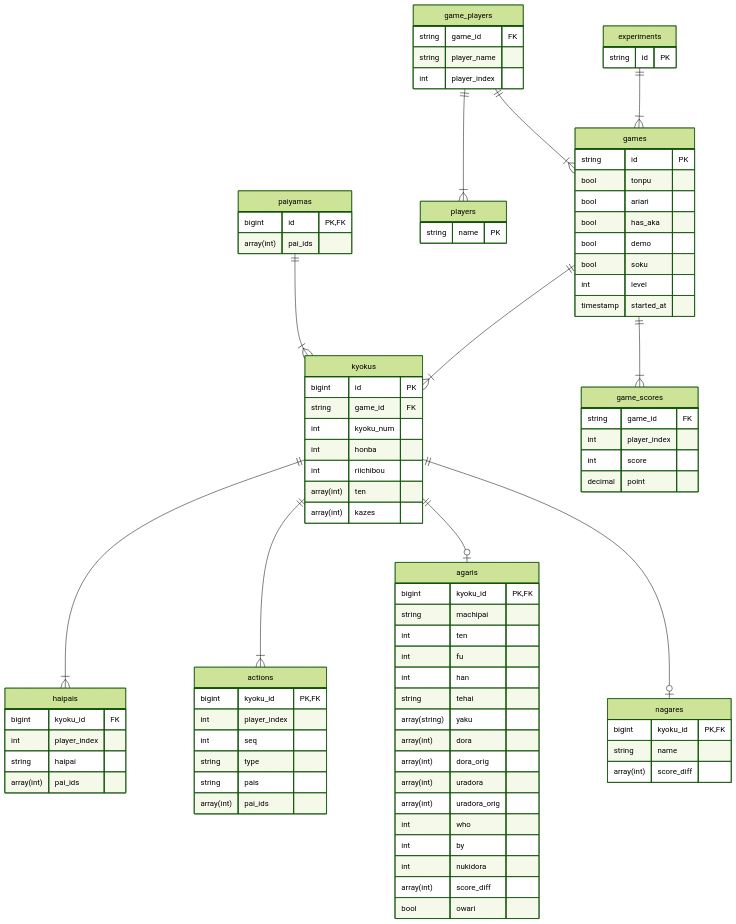
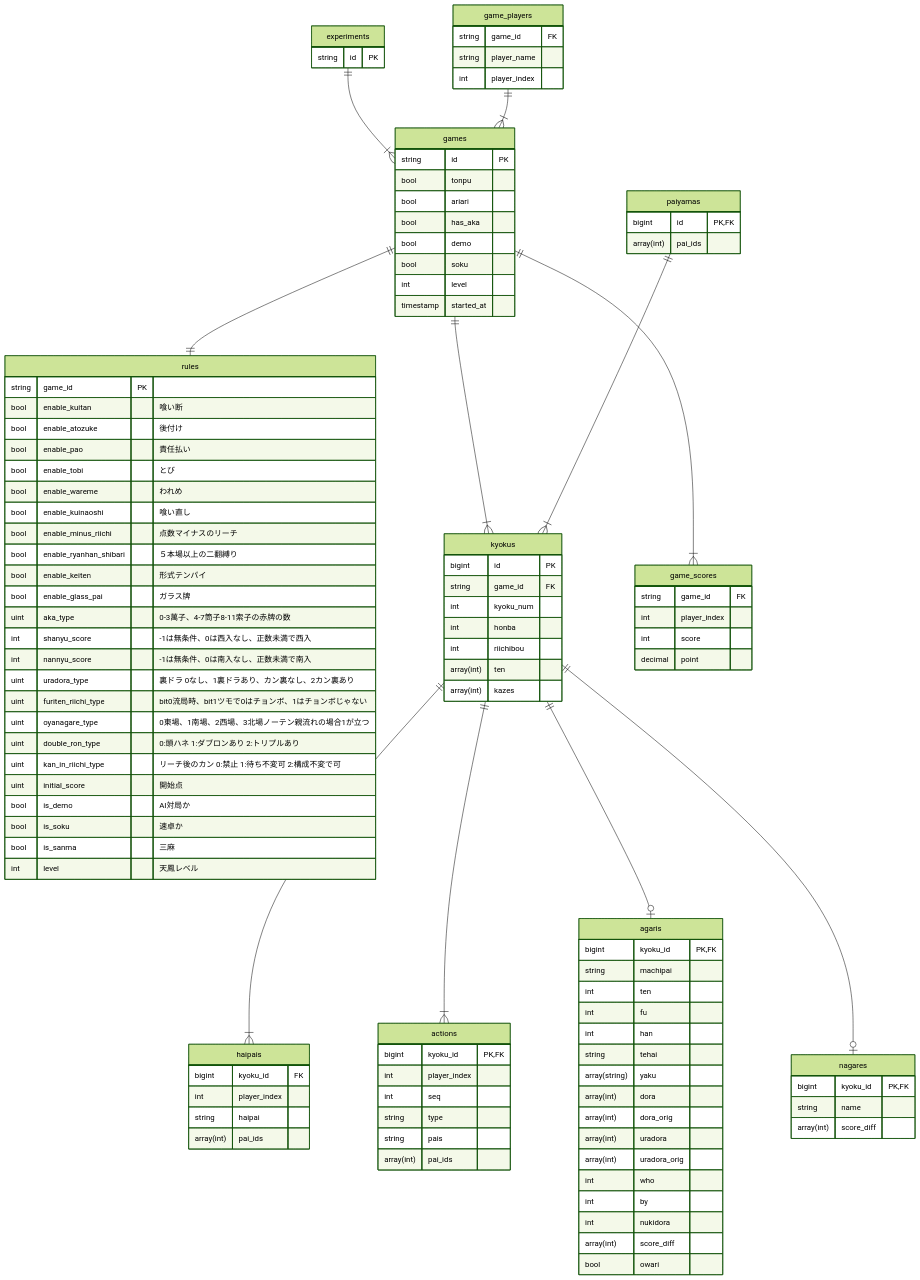
One commit to kackyt/mahjong-etl changed the diagram in er/mahjong.md. Above: the diagram before and after it, drawn with Mermaid (forest theme). The commit also changed 2 other files, not shown here.

Commit message:
feat: Rulesテーブルを追加し、Playersテーブルを廃止

```diff
--- a/er/mahjong.md
+++ b/er/mahjong.md
@@ -2,7 +2,7 @@
 erDiagram
   experiments ||--|{ games : ""
   game_players ||--|{ games : ""
-  game_players ||--|{ players : ""
+  games ||--|| rules : ""
   games ||--|{ kyokus : ""
   games ||--|{ game_scores : ""
   paiyamas ||--|{ kyokus : ""
@@ -15,8 +15,31 @@
     string id PK
   }
 
-  players {
-    string name PK
+  rules {
+    string game_id PK
+    bool enable_kuitan "喰い断"
+    bool enable_atozuke "後付け"
+    bool enable_pao "責任払い"
+    bool enable_tobi "とび"
+    bool enable_wareme "われめ"
+    bool enable_kuinaoshi "喰い直し"
+    bool enable_minus_riichi "点数マイナスのリーチ"
+    bool enable_ryanhan_shibari "５本場以上の二翻縛り"
+    bool enable_keiten "形式テンパイ"
+    bool enable_glass_pai "ガラス牌"
+    uint aka_type "0-3萬子、4-7筒子8-11索子の赤牌の数"
+    int shanyu_score "-1は無条件、0は西入なし、正数未満で西入"
+    int nannyu_score "-1は無条件、0は南入なし、正数未満で南入"
+    uint uradora_type "裏ドラ 0なし、1裏ドラあり、カン裏なし、2カン裏あり"
+    uint furiten_riichi_type "bit0流局時、bit1ツモで0はチョンボ、1はチョンボじゃない"
+    uint oyanagare_type "0東場、1南場、2西場、3北場ノーテン親流れの場合1が立つ"
+    uint double_ron_type "0:頭ハネ 1:ダブロンあり 2:トリプルあり"
+    uint kan_in_riichi_type "リーチ後のカン 0:禁止 1:待ち不変可 2:構成不変で可"
+    uint initial_score "開始点"
+    bool is_demo "AI対局か"
+    bool is_soku "速卓か"
+    bool is_sanma "三麻"
+    int level "天鳳レベル"
   }
 
   kyokus {
```
